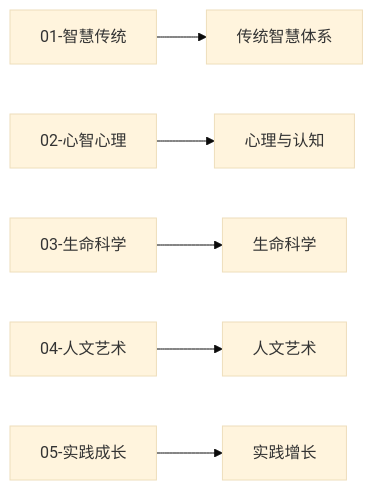
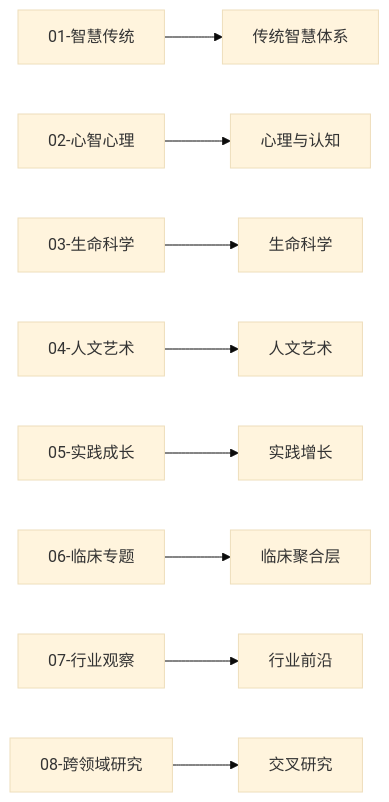
Before and after one commit to peace-lab-global/peace-lab-database: the diagram in 规范/TAXONOMY.md, drawn with Mermaid (base theme). The commit also changed other lines of this file and 25 other files, not shown here.

````diff
--- a/规范/TAXONOMY.md
+++ b/规范/TAXONOMY.md
@@ -43,8 +17,11 @@
 ```mermaid
 graph LR
     A["01-智慧传统"] --> A1["传统智慧体系"]
     B["02-心智心理"] --> B1["心理与认知"]
     C["03-生命科学"] --> C1["生命科学"]
     D["04-人文艺术"] --> D1["人文艺术"]
     E["05-实践成长"] --> E1["实践增长"]
+    F["06-临床专题"] --> F1["临床聚合层"]
+    G["07-行业观察"] --> G1["行业前沿"]
+    H["08-跨领域研究"] --> H1["交叉研究"]
 ```
````
